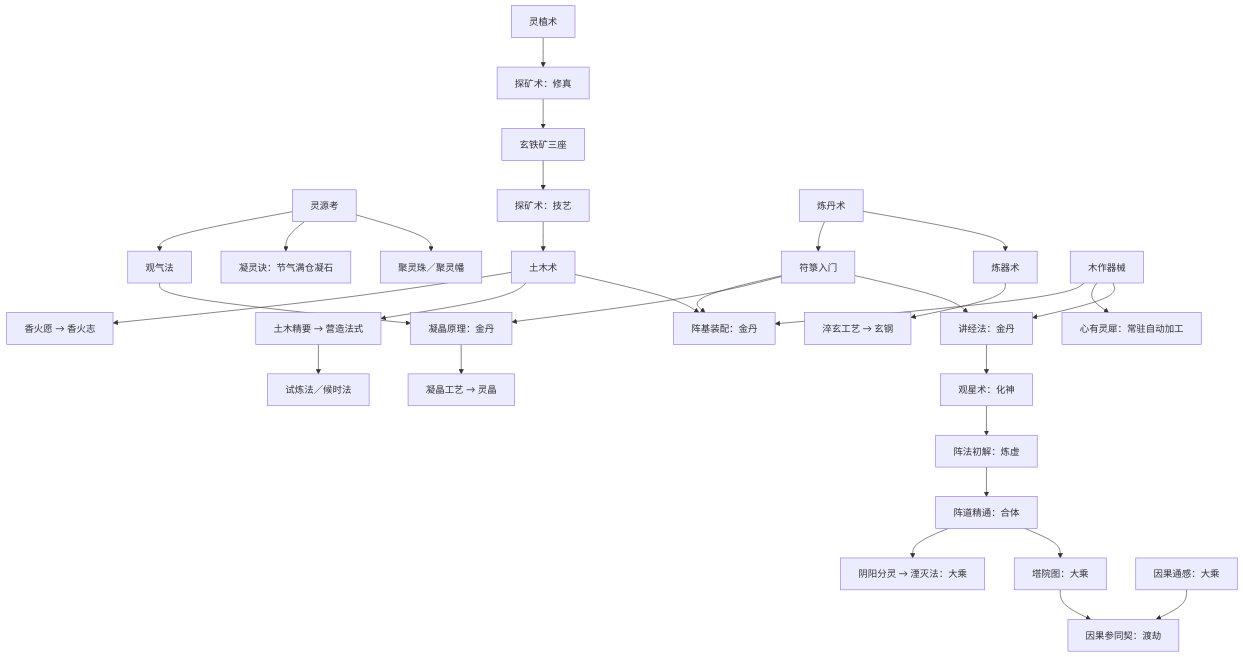
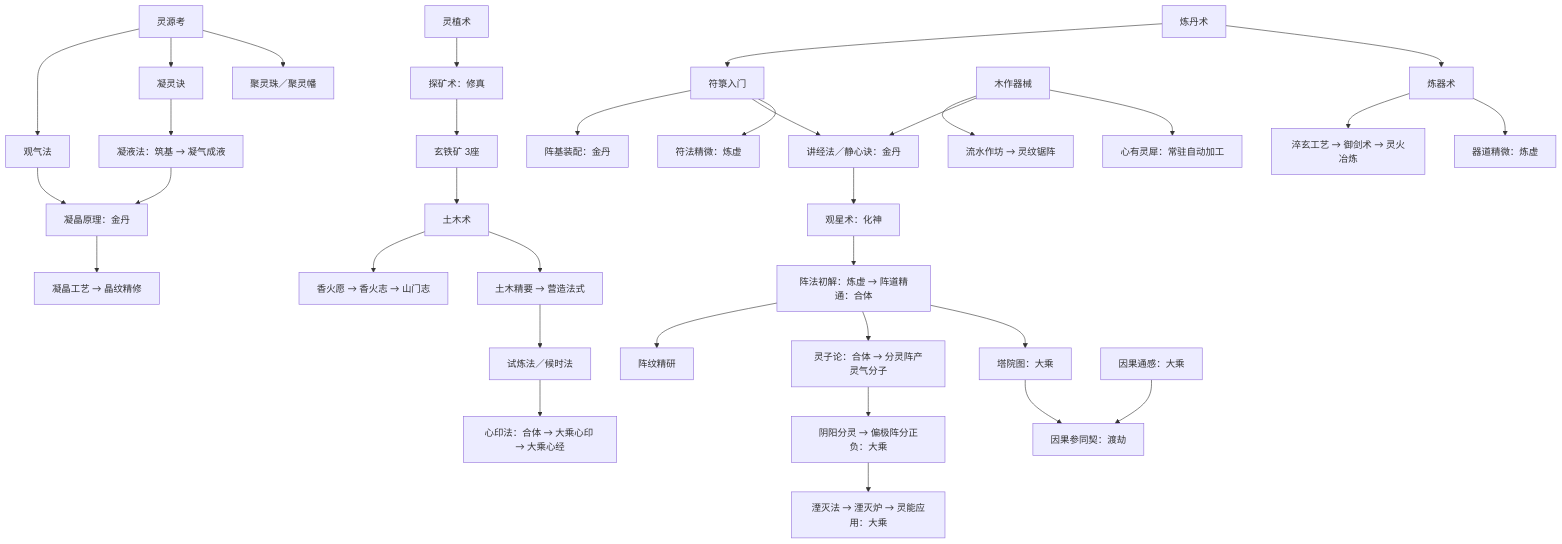
One commit to YangGP/Slack-Off-Sect changed the diagram in docs/CULTIVATION-REVIEW.md. Above: the diagram before and after it, drawn with Mermaid. The commit also changed other lines of this file and 32 other files, not shown here.

````diff
--- a/docs/CULTIVATION-REVIEW.md
+++ b/docs/CULTIVATION-REVIEW.md
@@ -35,32 +62,36 @@
 ```mermaid
 flowchart TD
   A[灵源考] --> B[观气法]
-  A --> C[凝灵诀：节气满仓凝石]
+  A --> C[凝灵诀]
   A --> D[聚灵珠／聚灵幡]
-  E[灵植术] --> F[探矿术：修真]
-  F --> G[玄铁矿三座]
-  G --> H[探矿术：技艺]
-  H --> I[土木术]
-  I --> J[香火愿 → 香火志]
-  I --> K[土木精要 → 营造法式]
-  K --> L[试炼法／候时法]
-  M[炼丹术] --> N[符箓入门]
-  M --> O[炼器术]
-  N --> P[阵基装配：金丹]
-  I --> P
-  Q[木作器械] --> P
-  Q --> R[心有灵犀：常驻自动加工]
-  B --> S[凝晶原理：金丹]
-  N --> S
-  S --> T[凝晶工艺 → 灵晶]
-  O --> U[淬玄工艺 → 玄钢]
-  N --> V[讲经法：金丹]
-  Q --> V
-  V --> W[观星术：化神]
-  W --> X[阵法初解：炼虚]
-  X --> Y[阵道精通：合体]
-  Y --> Z[阴阳分灵 → 湮灭法：大乘]
-  Y --> AA[塔院图：大乘]
-  AB[因果通感：大乘] --> AC[因果参同契：渡劫]
-  AA --> AC
+  B --> E[凝晶原理：金丹]
+  C --> L[凝液法：筑基 → 凝气成液]
+  L --> E
+  E --> F[凝晶工艺 → 晶纹精修]
+  G[灵植术] --> H[探矿术：修真]
+  H --> I[玄铁矿 3座]
+  I --> J[土木术]
+  J --> K[香火愿 → 香火志 → 山门志]
+  J --> M[土木精要 → 营造法式]
+  M --> N[试炼法／候时法]
+  O[炼丹术] --> P[符箓入门]
+  O --> Q[炼器术]
+  P --> R[阵基装配：金丹]
+  P --> S[讲经法／静心诀：金丹]
+  Q --> T[淬玄工艺 → 御剑术 → 灵火冶炼]
+  Q --> U[器道精微：炼虚]
+  P --> V[符法精微：炼虚]
+  W[木作器械] --> X[流水作坊 → 灵纹锯阵]
+  W --> S
+  W --> Y[心有灵犀：常驻自动加工]
+  S --> Z[观星术：化神]
+  Z --> AA[阵法初解：炼虚 → 阵道精通：合体]
+  AA --> AB[阵纹精研]
+  AA --> AC[灵子论：合体 → 分灵阵产灵气分子]
+  AC --> AD[阴阳分灵 → 偏极阵分正负：大乘]
+  AD --> AE[湮灭法 → 湮灭炉 → 灵能应用：大乘]
+  N --> AF[心印法：合体 → 大乘心印 → 大乘心经]
+  AA --> AG[塔院图：大乘]
+  AH[因果通感：大乘] --> AI[因果参同契：渡劫]
+  AG --> AI
 ```
````
